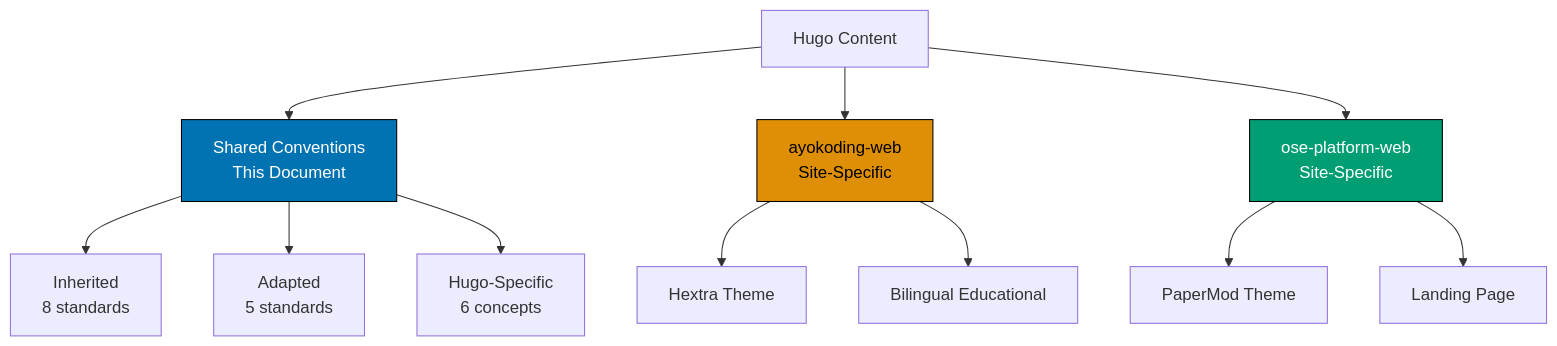
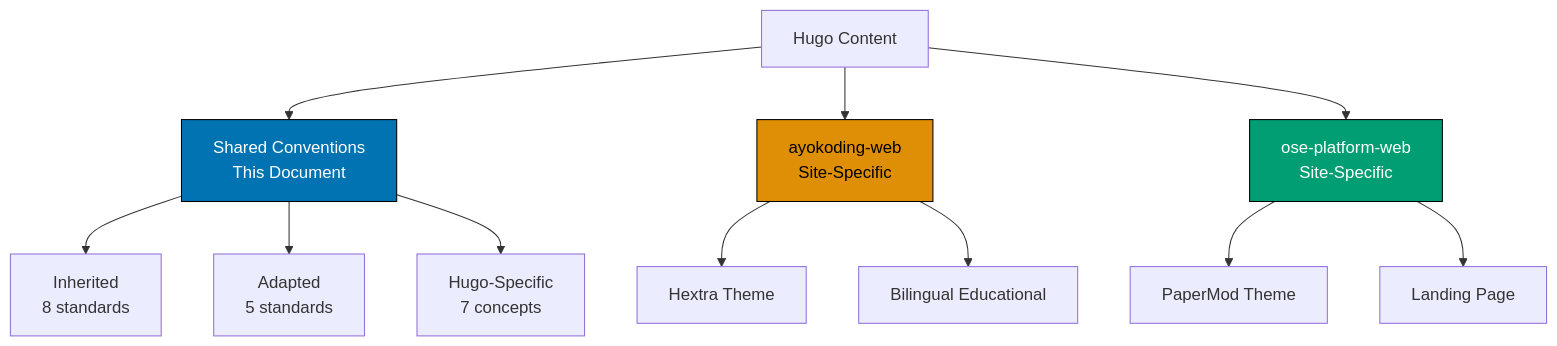
One commit to wahidyankf/open-sharia-enterprise changed the diagram in docs/explanation/conventions/ex-co__hugo-content-shared.md. Above: the diagram before and after it, drawn with Mermaid. The commit also changed other lines of this file and 2 other files, not shown here.

First line of the commit message:
docs(conventions): add No Duplicate H1 Headings rule for Hugo content

````diff
--- a/docs/explanation/conventions/ex-co__hugo-content-shared.md
+++ b/docs/explanation/conventions/ex-co__hugo-content-shared.md
@@ -47,21 +47,21 @@
 ```mermaid
 %% Color Palette: Blue #0173B2, Orange #DE8F05, Teal #029E73, Purple #CC78BC, Brown #CA9161 %%
 graph TD
     A[Hugo Content] --> B[Shared Conventions<br/>This Document]
     A --> C[ayokoding-web<br/>Site-Specific]
     A --> D[ose-platform-web<br/>Site-Specific]
 
     B --> B1[Inherited<br/>8 standards]
     B --> B2[Adapted<br/>5 standards]
-    B --> B3[Hugo-Specific<br/>6 concepts]
+    B --> B3[Hugo-Specific<br/>7 concepts]
 
     C --> C1[Hextra Theme]
     C --> C2[Bilingual Educational]
 
     D --> D1[PaperMod Theme]
     D --> D2[Landing Page]
 
     style B fill:#0173B2,stroke:#000,color:#fff
     style C fill:#DE8F05,stroke:#000,color:#000
     style D fill:#029E73,stroke:#000,color:#fff
 ```
````
